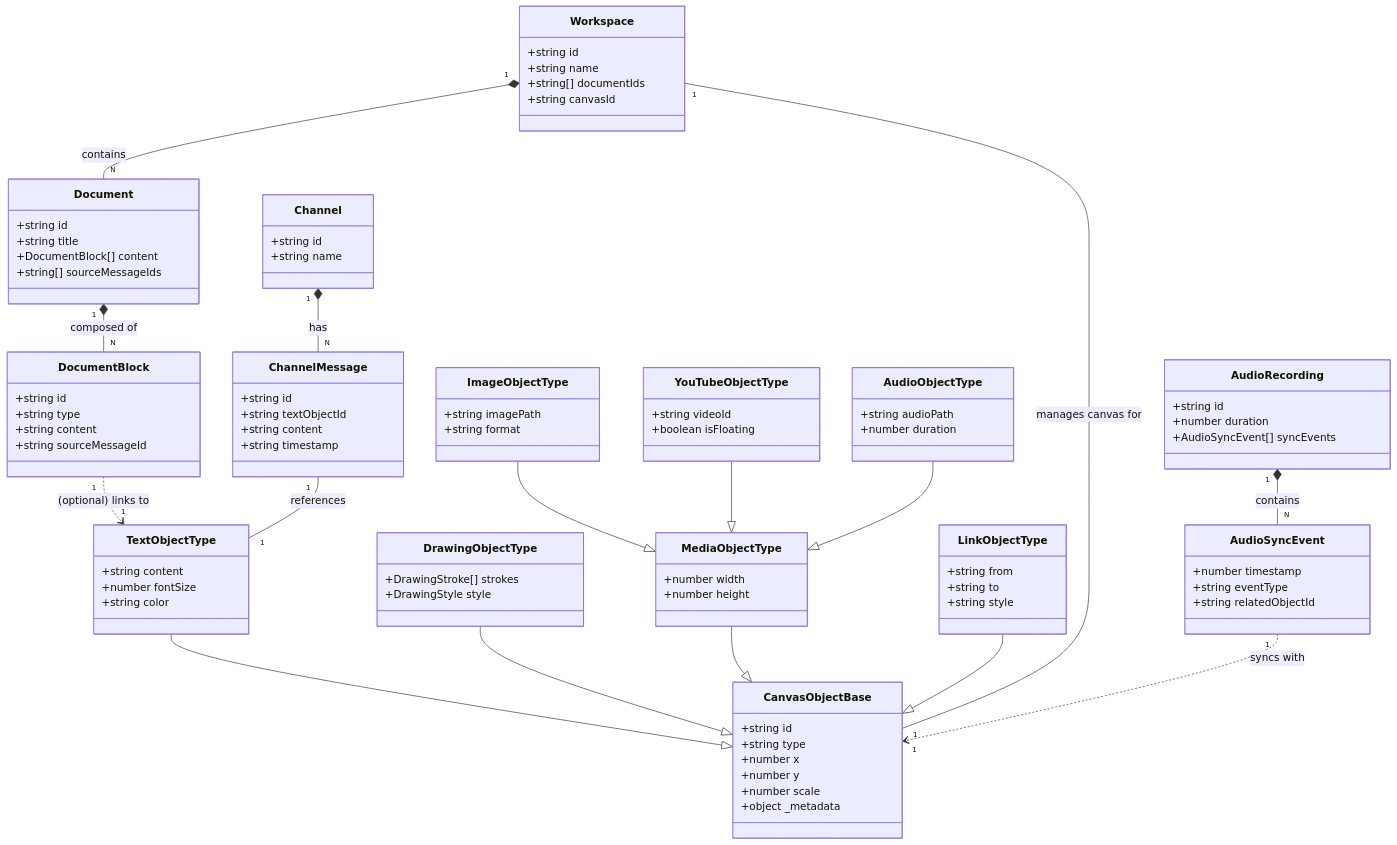
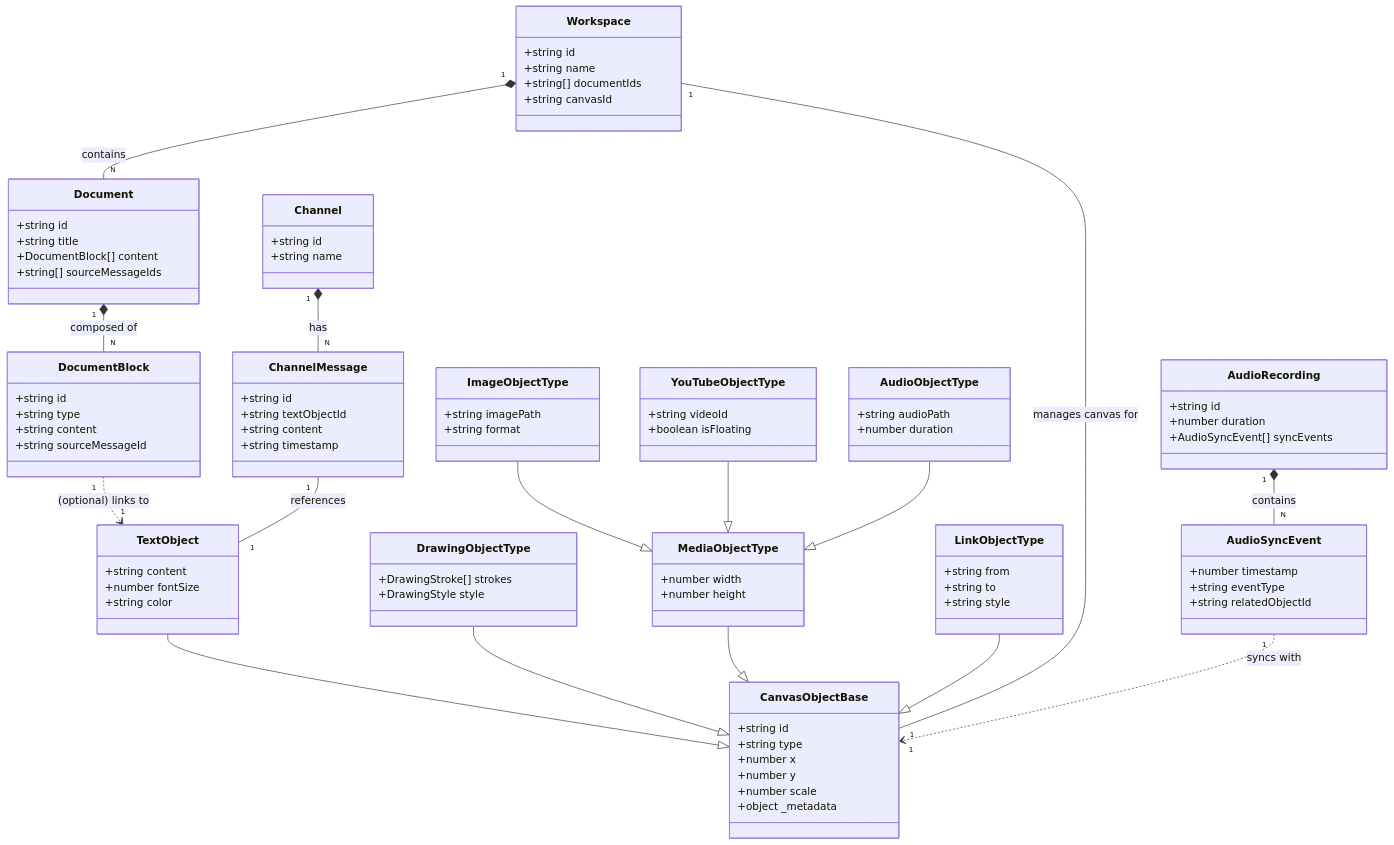
Before and after one commit to notnottype/nntype: the first of 2 diagrams in docs/DATA_MODEL_AND_FLOW.md, drawn with Mermaid. The commit also changed other lines of this file and 15 other files, not shown here.

First line of the commit message:
refactor: update type definitions and enhance state management in canvas components

```diff
--- a/docs/DATA_MODEL_AND_FLOW.md
+++ b/docs/DATA_MODEL_AND_FLOW.md
@@ -31,12 +31,12 @@
         +object _metadata
     }
 
-    class TextObjectType {
+    class TextObject {
         +string content
         +number fontSize
         +string color
     }
-    TextObjectType --|> CanvasObjectBase
+    TextObject --|> CanvasObjectBase
 
     class DrawingObjectType {
         +DrawingStroke[] strokes
@@ -123,9 +123,9 @@
     Workspace "1" *-- "N" Document : contains
     Workspace "1" -- "1" CanvasObjectBase : manages canvas for
     Document "1" *-- "N" DocumentBlock : composed of
-    DocumentBlock "1" ..> "1" TextObjectType : (optional) links to
+    DocumentBlock "1" ..> "1" TextObject : (optional) links to
     Channel "1" *-- "N" ChannelMessage : has
-    ChannelMessage "1" -- "1" TextObjectType : references
+    ChannelMessage "1" -- "1" TextObject : references
     AudioRecording "1" *-- "N" AudioSyncEvent : contains
     AudioSyncEvent "1" ..> "1" CanvasObjectBase : syncs with
 
```
